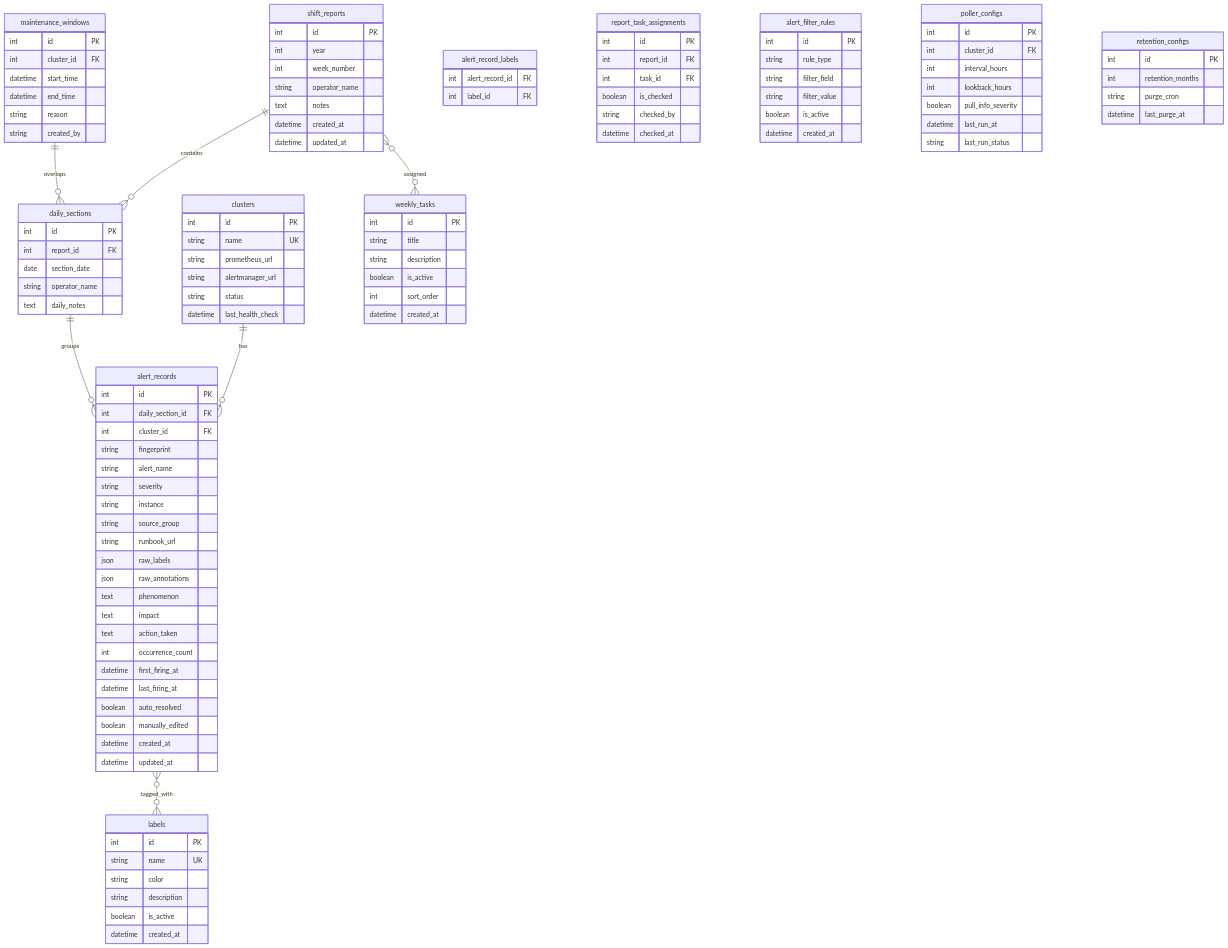
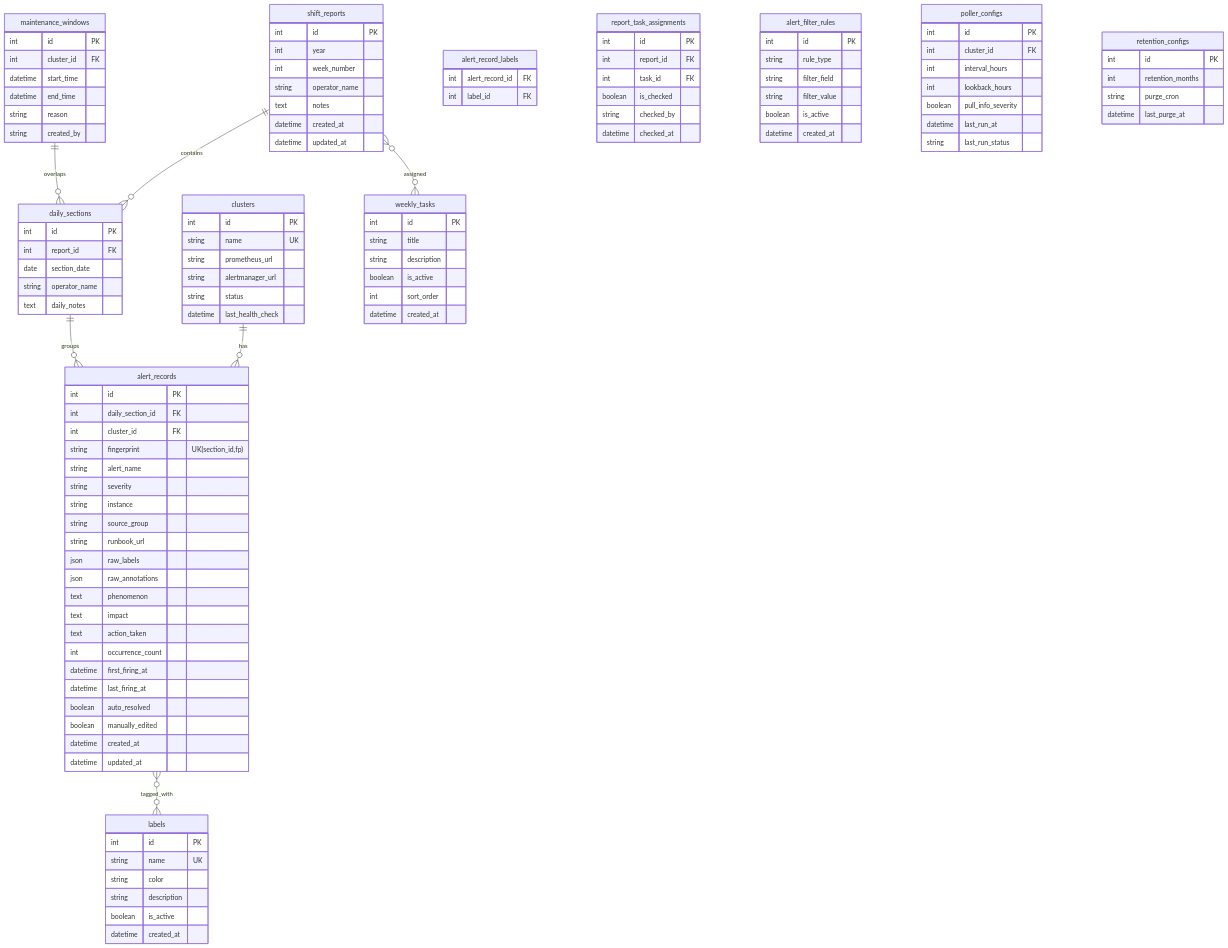
One commit to vencil/SRE-ALERT-TRACKER changed the third of 4 diagrams in docs/architecture-design.md. Above: the diagram before and after it, drawn with Mermaid. The commit also changed other lines of this file and 23 other files, not shown here.

```diff
--- a/docs/architecture-design.md
+++ b/docs/architecture-design.md
@@ -138,7 +138,7 @@
         int id PK
         int daily_section_id FK
         int cluster_id FK
-        string fingerprint
+        string fingerprint "UK(section_id,fp)"
         string alert_name
         string severity
         string instance
```
